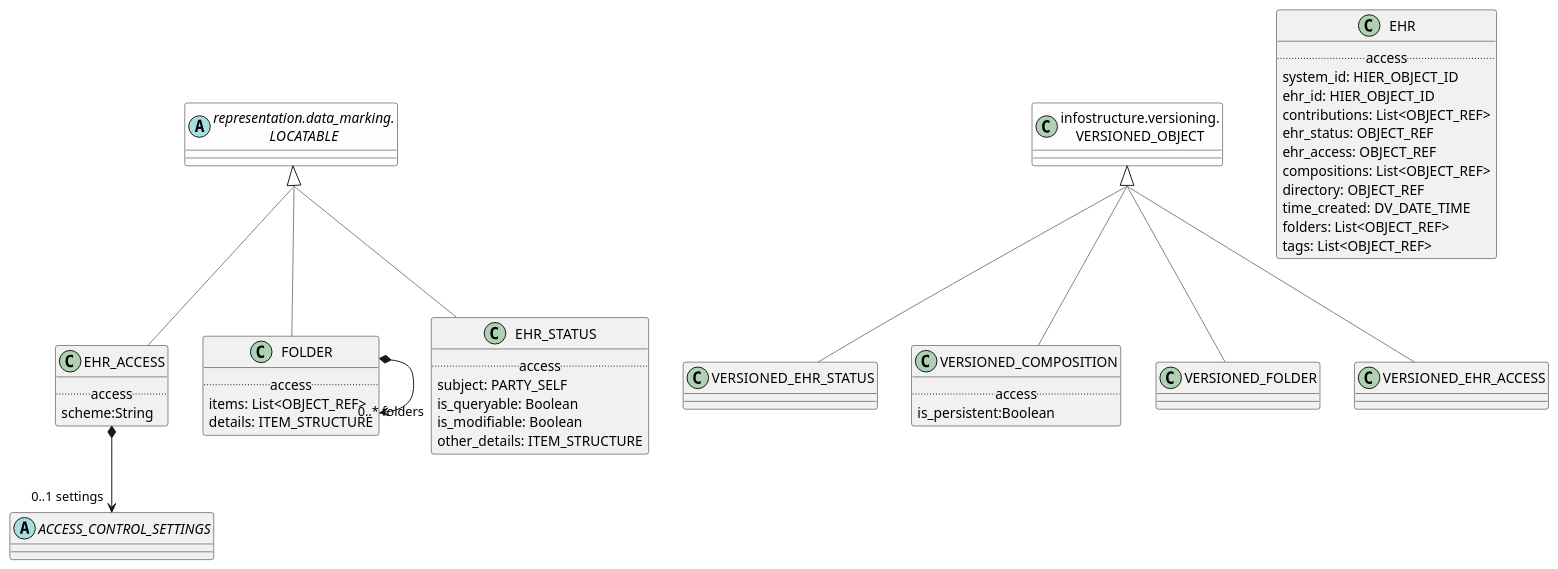
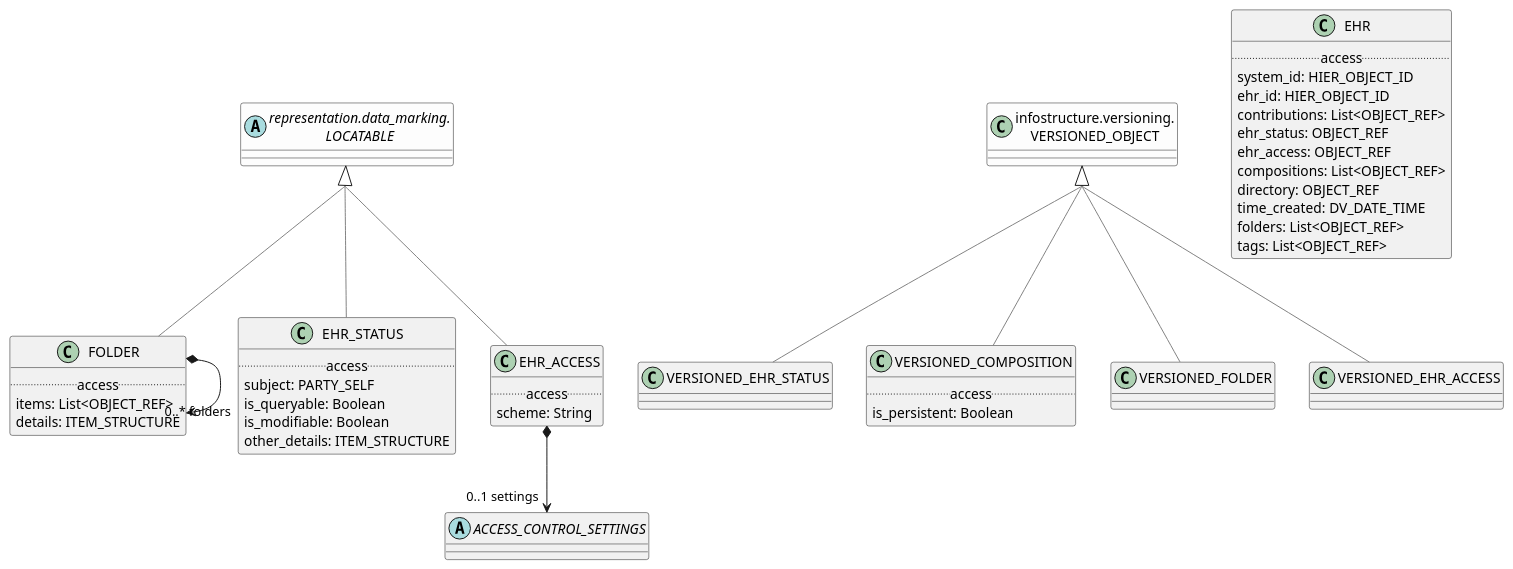
The diagram in modules/ROOT/examples/bmm/domain-healthcare/ehr/ehr-package-uml.adoc (wolandscat/openehr-doc), drawn with PlantUML before and after one commit. The commit also changed 293 other files, not shown here.

Commit message:
Regen with tweaks to UML output and correct metatypes for nested generics.

```diff
--- a/modules/ROOT/examples/bmm/domain-healthcare/ehr/ehr-package-uml.adoc
+++ b/modules/ROOT/examples/bmm/domain-healthcare/ehr/ehr-package-uml.adoc
@@ -6,19 +6,16 @@
 skinparam citedClassColor #FDFDFD
 
 
-class EHR_ACCESS [[/openehr-doc/latest/domain-healthcare/ehr-gen.html#_class_ehr_access]] {
+class FOLDER [[/openehr-doc/latest/domain-healthcare/ehr-gen.html#_class_folder]] {
         .. access ..
-        scheme:String
+        items: List<OBJECT_REF>
+        details: ITEM_STRUCTURE
 }
 
-EHR_ACCESS -[#gray]up-|> LOCATABLE  
+FOLDER -[#gray]up-|> LOCATABLE  
 
 
-EHR_ACCESS *--> "0..1 settings" ACCESS_CONTROL_SETTINGS
-
-abstract class ACCESS_CONTROL_SETTINGS [[/openehr-doc/latest/domain-healthcare/ehr-gen.html#_class_access_control_settings]] {
-}
-
+FOLDER *--> "0..* folders" FOLDER
 
 class VERSIONED_EHR_STATUS [[/openehr-doc/latest/domain-healthcare/ehr-gen.html#_class_versioned_ehr_status]] {
 }
@@ -28,7 +25,7 @@
 
 class VERSIONED_COMPOSITION [[/openehr-doc/latest/domain-healthcare/ehr-gen.html#_class_versioned_composition]] {
         .. access ..
-        is_persistent:Boolean
+        is_persistent: Boolean
 }
 
 VERSIONED_COMPOSITION -[#gray]up-|> VERSIONED_OBJECT  
@@ -38,6 +35,17 @@
 }
 
 VERSIONED_FOLDER -[#gray]up-|> VERSIONED_OBJECT  
+
+
+class EHR_STATUS [[/openehr-doc/latest/domain-healthcare/ehr-gen.html#_class_ehr_status]] {
+        .. access ..
+        subject: PARTY_SELF
+        is_queryable: Boolean
+        is_modifiable: Boolean
+        other_details: ITEM_STRUCTURE
+}
+
+EHR_STATUS -[#gray]up-|> LOCATABLE  
 
 
 class VERSIONED_EHR_ACCESS [[/openehr-doc/latest/domain-healthcare/ehr-gen.html#_class_versioned_ehr_access]] {
@@ -61,26 +69,18 @@
 }
 
 
-class FOLDER [[/openehr-doc/latest/domain-healthcare/ehr-gen.html#_class_folder]] {
+class EHR_ACCESS [[/openehr-doc/latest/domain-healthcare/ehr-gen.html#_class_ehr_access]] {
         .. access ..
-        items: List<OBJECT_REF>
-        details: ITEM_STRUCTURE
+        scheme: String
 }
 
-FOLDER -[#gray]up-|> LOCATABLE  
+EHR_ACCESS -[#gray]up-|> LOCATABLE  
 
 
-FOLDER *--> "0..* folders" FOLDER
+EHR_ACCESS *--> "0..1 settings" ACCESS_CONTROL_SETTINGS
 
-class EHR_STATUS [[/openehr-doc/latest/domain-healthcare/ehr-gen.html#_class_ehr_status]] {
-        .. access ..
-        subject: PARTY_SELF
-        is_queryable: Boolean
-        is_modifiable: Boolean
-        other_details: ITEM_STRUCTURE
+abstract class ACCESS_CONTROL_SETTINGS [[/openehr-doc/latest/domain-healthcare/ehr-gen.html#_class_access_control_settings]] {
 }
-
-EHR_STATUS -[#gray]up-|> LOCATABLE  
 
 abstract class "representation.data_marking.\nLOCATABLE" as LOCATABLE  [[/openehr-doc/latest/representation/data_marking-gen.html#_class_locatable]] #FDFDFD {
 }
```
